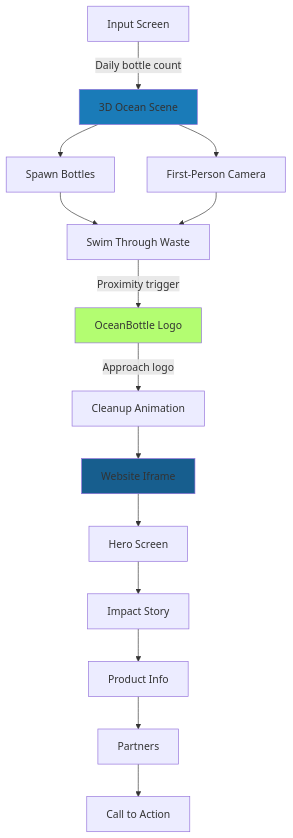
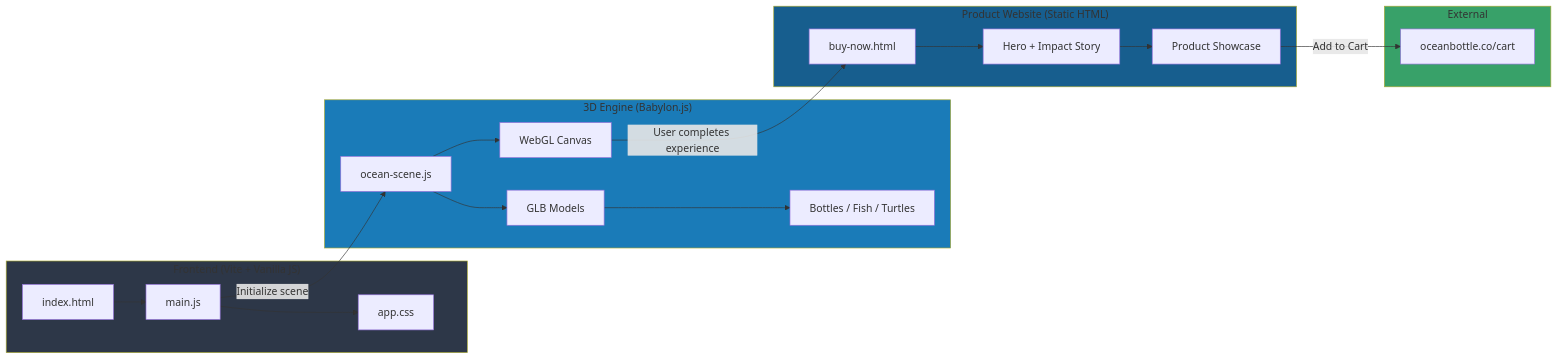
Before and after one commit to Shirly8/OceanBottle: the diagram in README.md, drawn with Mermaid. The commit also changed other lines of this file and 4 other files, not shown here.

````diff
--- a/README.md
+++ b/README.md
@@ -39,21 +41,31 @@
 ```mermaid
-graph TB
-    A[Input Screen] -->|Daily bottle count| B[3D Ocean Scene]
-    B --> C[Spawn Bottles]
-    B --> D[First-Person Camera]
-    C --> E[Swim Through Waste]
-    D --> E
-    E -->|Proximity trigger| F[OceanBottle Logo]
-    F -->|Approach logo| G[Cleanup Animation]
-    G --> H[Website Iframe]
+graph LR
+    subgraph Frontend ["Frontend (Vite + Vanilla JS)"]
+        A[index.html] --> B[main.js]
+        B --> C[app.css]
+    end
 
-    H --> I[Hero Screen]
-    I --> J[Impact Story]
-    J --> K[Product Info]
-    K --> L[Partners]
-    L --> M[Call to Action]
+    subgraph 3D ["3D Engine (Babylon.js)"]
+        D[ocean-scene.js] --> E[GLB Models]
+        D --> F[WebGL Canvas]
+        E --> G[Bottles / Fish / Turtles]
+    end
 
-    style B fill:#1a7bb8
-    style F fill:#b3fd71
-    style H fill:#175e8e
+    subgraph Website ["Product Website (Static HTML)"]
+        H[buy-now.html] --> I[Hero + Impact Story]
+        I --> J[Product Showcase]
+    end
+
+    subgraph External ["External"]
+        K[oceanbottle.co/cart]
+    end
+
+    B -->|Initialize scene| D
+    F -->|User completes experience| H
+    J -->|Add to Cart| K
+
+    style Frontend fill:#2d3748
+    style 3D fill:#1a7bb8
+    style Website fill:#175e8e
+    style External fill:#38a169
 ```
````
